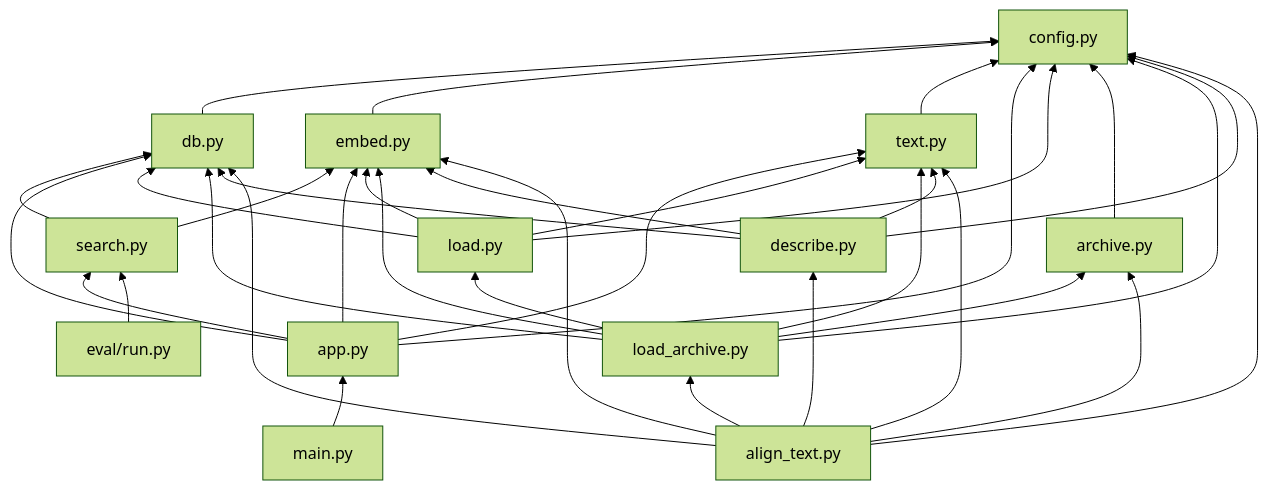
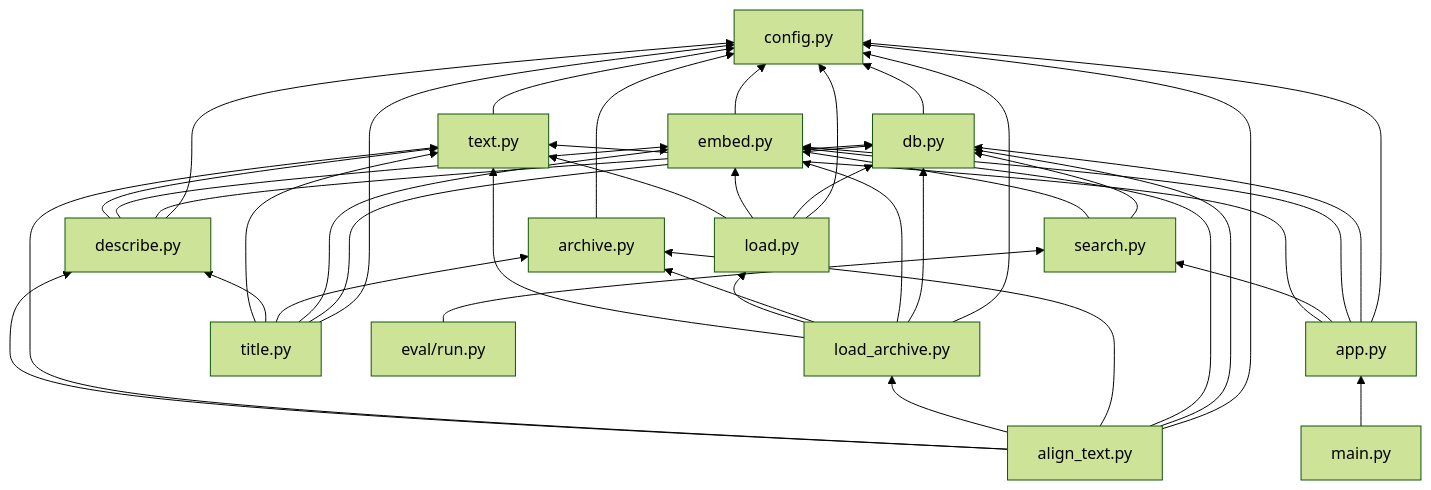
Before and after one commit to bcollier/slide-finder: the third of 20 diagrams in README.md, drawn with Mermaid (forest theme). The commit also changed other lines of this file and 3 other files, not shown here.

````diff
--- a/README.md
+++ b/README.md
@@ -412,16 +446,17 @@
 ```mermaid
 flowchart BT
     config["config.py"]
     db["db.py"] --> config
     embed["embed.py"] --> config
     text["text.py"] --> config
     search["search.py"] --> db & embed
     app["app.py"] --> config & db & embed & search & text
     main["main.py"] --> app
     load["load.py"] --> config & db & embed & text
     archive["archive.py"] --> config
     load_archive["load_archive.py"] --> config & db & embed & archive & load & text
     describe["describe.py"] --> config & db & embed & text
     align["align_text.py"] --> config & db & embed & archive & load_archive & text & describe
+    title["title.py"] --> config & db & embed & archive & describe & text
     evalrun["eval/run.py"] --> search
 ```
````
